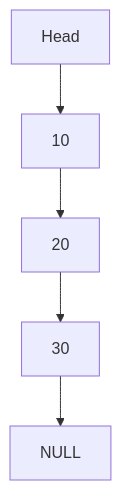
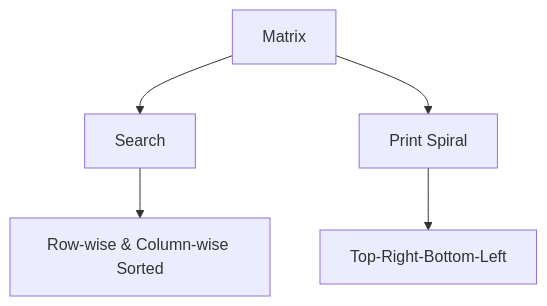
One commit to SHYAM-001/DataStructures changed the third of 11 diagrams in README.md. Above: the diagram before and after it, drawn with Mermaid. The commit also changed other lines of this file, not shown here.

````diff
--- a/README.md
+++ b/README.md
@@ -181,7 +295,7 @@
 ```mermaid
-graph TD;
-    A[Head] --> B[10]
-    B --> C[20]
-    C --> D[30]
-    D --> E[NULL]
+graph TD
+    A[Matrix] --> B[Search]
+    A --> C[Print Spiral]
+    B --> D[Row-wise & Column-wise Sorted]
+    C --> E[Top-Right-Bottom-Left]
 ```
````
